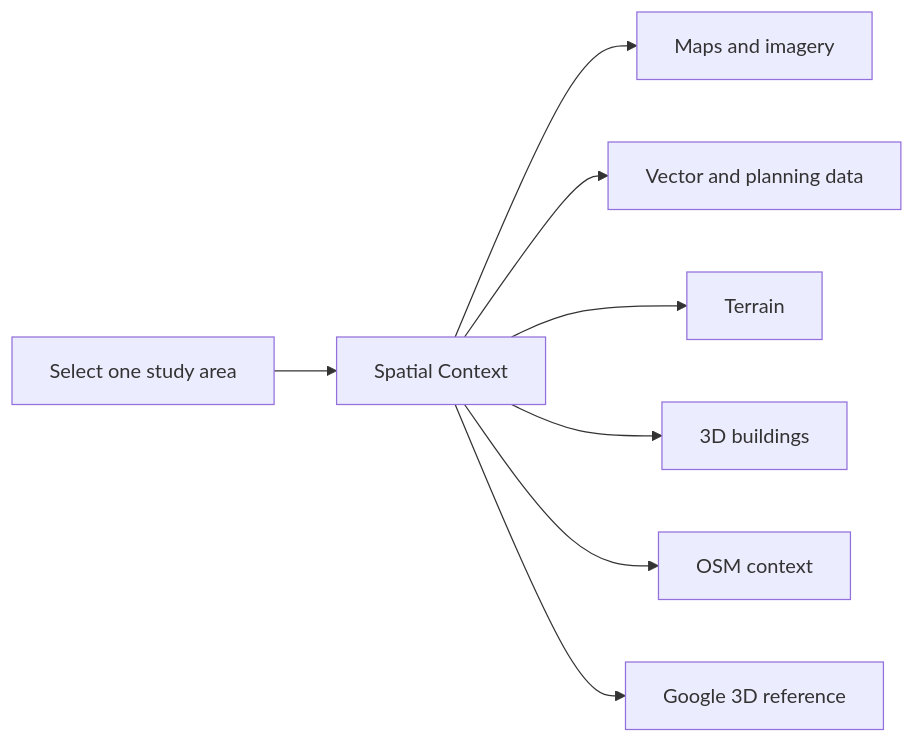
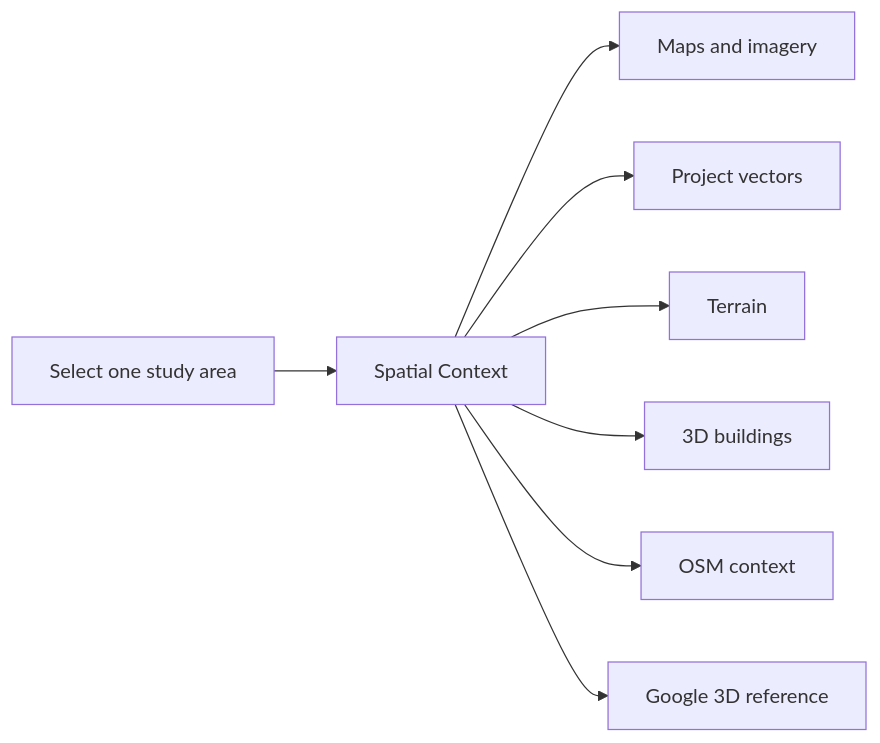
The diagram in README.md (PascalNun/RhinoSpatial), drawn with Mermaid before and after one commit. The commit also changed other lines of this file and 24 other files, not shown here.

````diff
--- a/README.md
+++ b/README.md
@@ -23,10 +37,10 @@
 ```mermaid
 flowchart LR
     A["Select one study area"] --> B["Spatial Context"]
     B --> C["Maps and imagery"]
-    B --> D["Vector and planning data"]
+    B --> D["Project vectors"]
     B --> E["Terrain"]
     B --> F["3D buildings"]
     B --> G["OSM context"]
     B --> H["Google 3D reference"]
 ```
````
